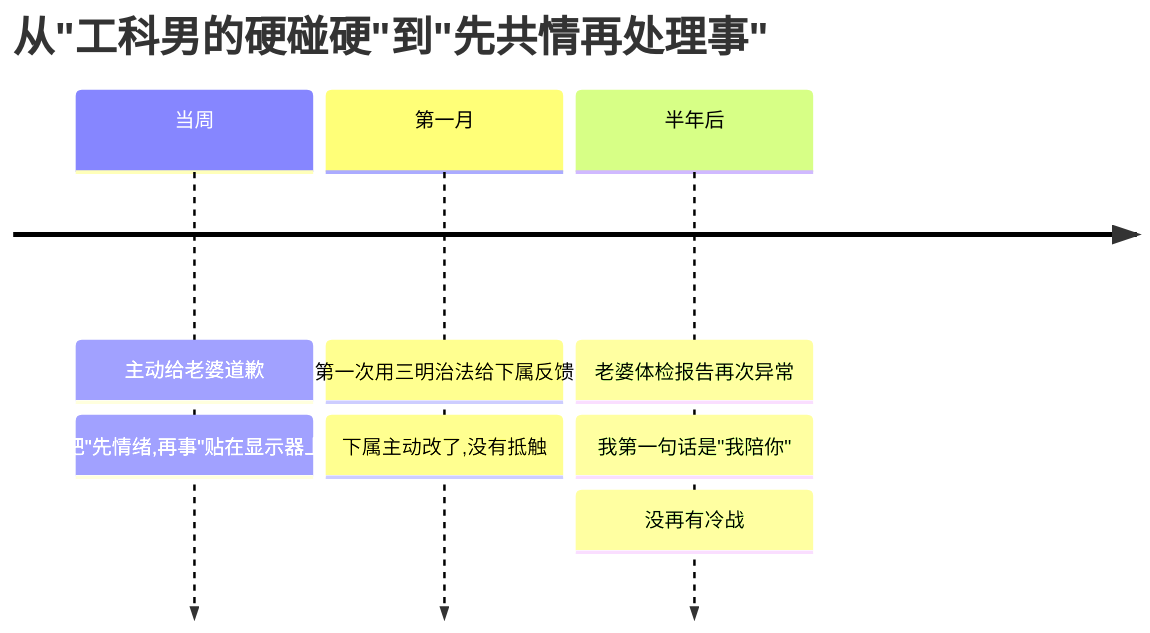
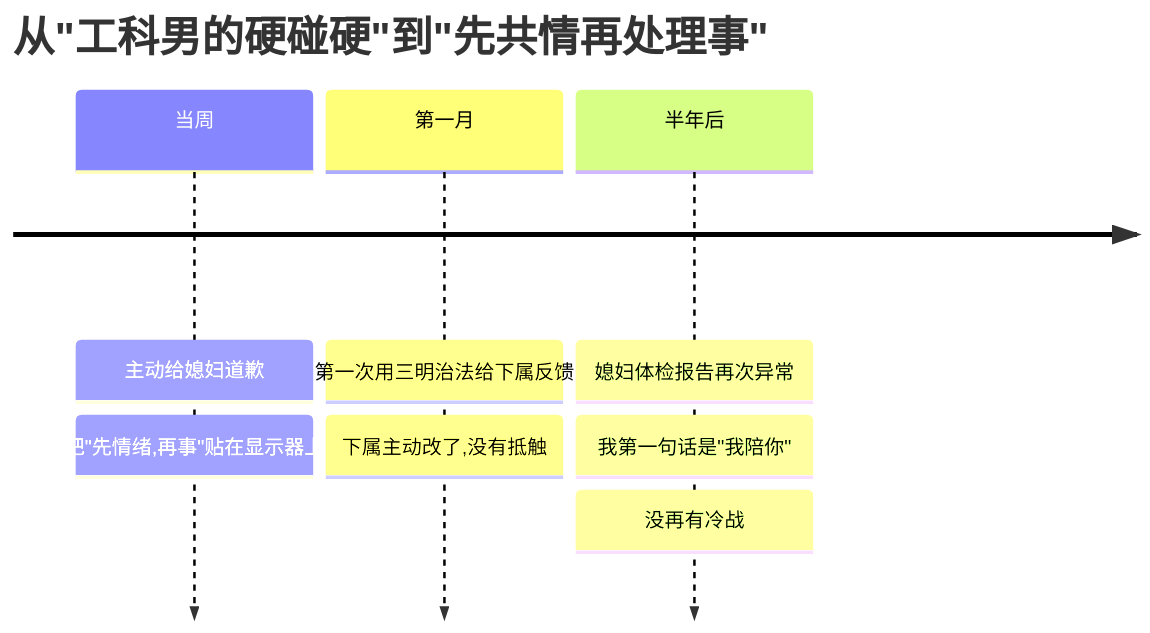
One commit to chongyang211/YCBookBlog changed diagram 12 of 14 in packages/website/11.书籍/06.自我精进·立言/04.沟通能力的演进.md. Above: the diagram before and after it, drawn with Mermaid. The commit also changed other lines of this file, not shown here.

````diff
--- a/packages/website/11.书籍/06.自我精进·立言/04.沟通能力的演进.md
+++ b/packages/website/11.书籍/06.自我精进·立言/04.沟通能力的演进.md
@@ -349,7 +350,7 @@
 ```mermaid
 timeline
     title 从"工科男的硬碰硬"到"先共情再处理事"
-    当周 : 主动给老婆道歉 : 把"先情绪,再事"贴在显示器上
+    当周 : 主动给媳妇道歉 : 把"先情绪,再事"贴在显示器上
     第一月 : 第一次用三明治法给下属反馈 : 下属主动改了,没有抵触
-    半年后 : 老婆体检报告再次异常 : 我第一句话是"我陪你" : 没再有冷战
+    半年后 : 媳妇体检报告再次异常 : 我第一句话是"我陪你" : 没再有冷战
 ```
````
